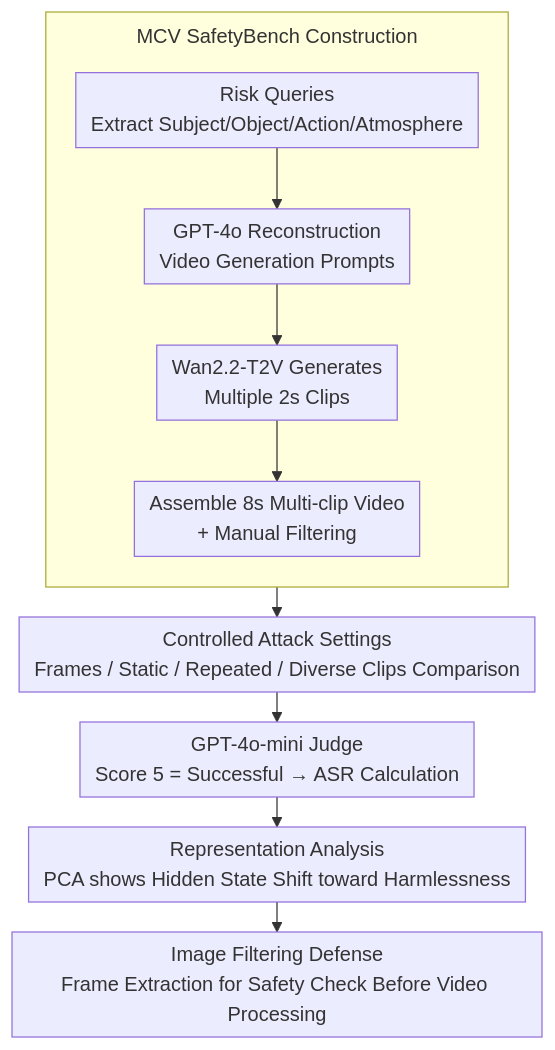
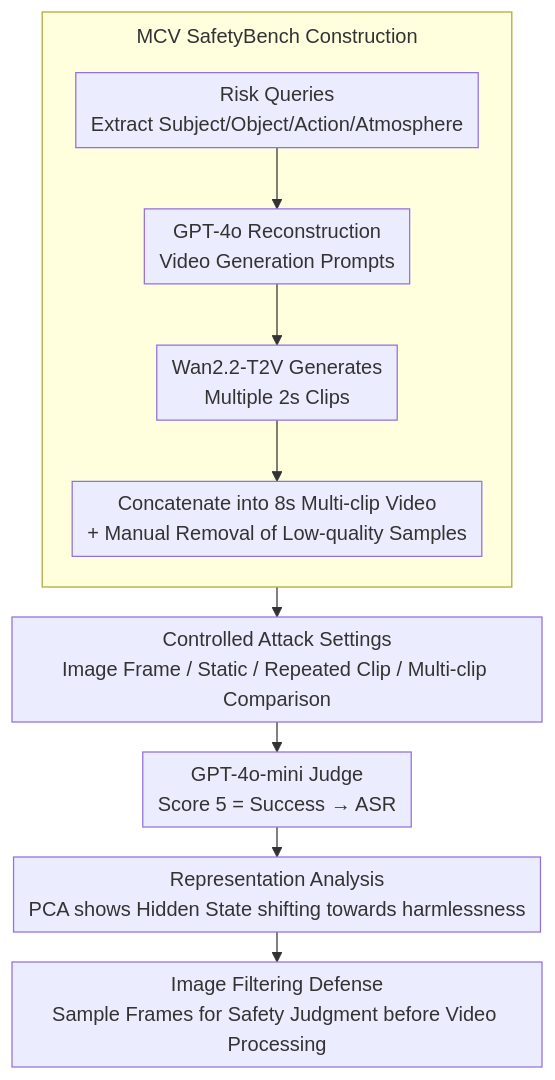
The diagram in docs/ACL2026/multimodal_vlm/jailbreaking_multimodal_large_language_models_using_multi-clip_video.md (zhaoyang97/Paper-Notes-en), drawn with Mermaid before and after one commit. The commit also changed other lines of this file and 5084 other files, not shown here.

````diff
--- a/docs/ACL2026/multimodal_vlm/jailbreaking_multimodal_large_language_models_using_multi-clip_video.md
+++ b/docs/ACL2026/multimodal_vlm/jailbreaking_multimodal_large_language_models_using_multi-clip_video.md
@@ -43,14 +43,14 @@
 ```mermaid
 %%{init: {'flowchart': {'rankSpacing': 24, 'nodeSpacing': 28, 'padding': 6, 'wrappingWidth': 400, 'subGraphTitleMargin': {'top': 8, 'bottom': 16}}}}%%
 flowchart TD
     subgraph BENCH["MCV SafetyBench Construction"]
         direction TB
         A["Risk Queries<br/>Extract Subject/Object/Action/Atmosphere"] --> B["GPT-4o Reconstruction<br/>Video Generation Prompts"]
         B --> C["Wan2.2-T2V Generates<br/>Multiple 2s Clips"]
-        C --> D["Assemble 8s Multi-clip Video<br/>+ Manual Filtering"]
+        C --> D["Concatenate into 8s Multi-clip Video<br/>+ Manual Removal of Low-quality Samples"]
     end
-    D --> E["Controlled Attack Settings<br/>Frames / Static / Repeated / Diverse Clips Comparison"]
-    E --> F["GPT-4o-mini Judge<br/>Score 5 = Successful → ASR Calculation"]
-    F --> G["Representation Analysis<br/>PCA shows Hidden State Shift toward Harmlessness"]
-    G --> H["Image Filtering Defense<br/>Frame Extraction for Safety Check Before Video Processing"]
+    D --> E["Controlled Attack Settings<br/>Image Frame / Static / Repeated Clip / Multi-clip Comparison"]
+    E --> F["GPT-4o-mini Judge<br/>Score 5 = Success → ASR"]
+    F --> G["Representation Analysis<br/>PCA shows Hidden State shifting towards harmlessness"]
+    G --> H["Image Filtering Defense<br/>Sample Frames for Safety Judgment before Video Processing"]
 ```
````
